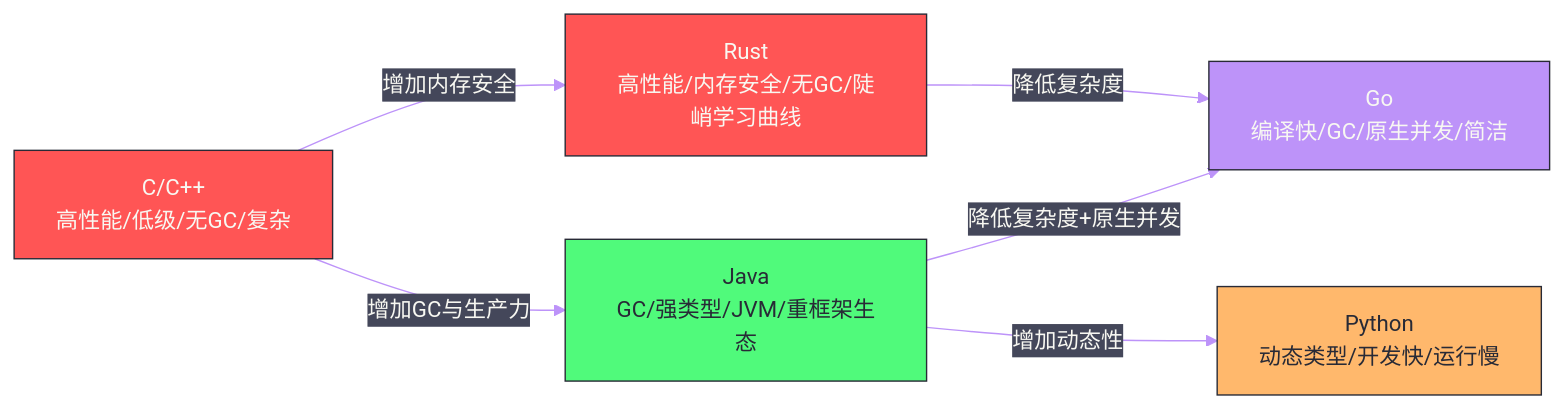
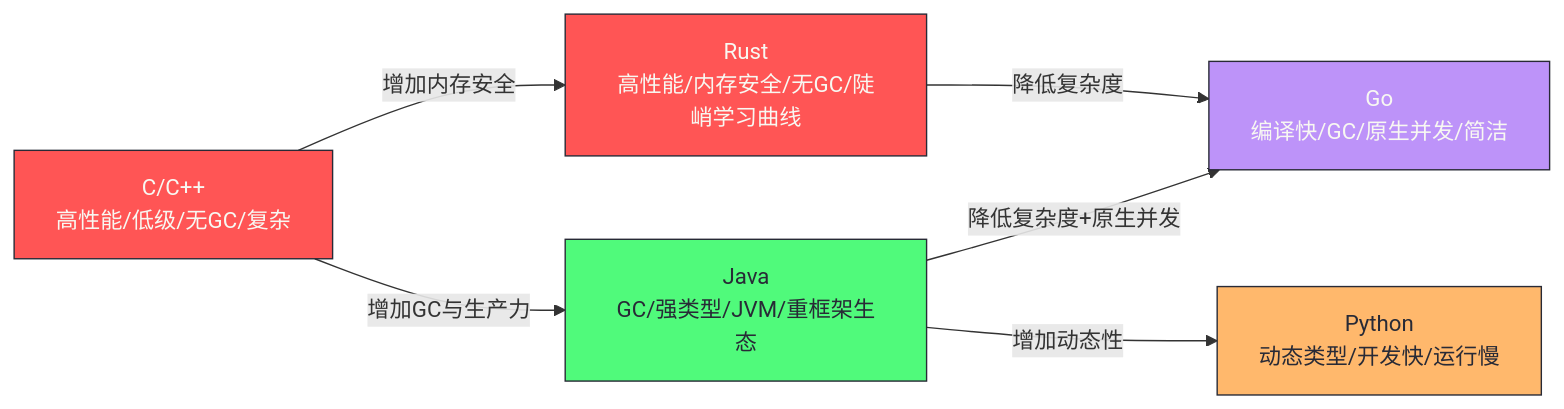
One commit to hpliStartAgain/my-brain changed the second of 2 diagrams in content/Golang/Go语言核心/01 Go 语言设计哲学——简单背后的取舍.md. Above: the diagram before and after it, drawn with Mermaid. The commit also changed other lines of this file and 30 other files, not shown here.

````diff
--- a/content/Golang/Go语言核心/01 Go 语言设计哲学——简单背后的取舍.md
+++ b/content/Golang/Go语言核心/01 Go 语言设计哲学——简单背后的取舍.md
@@ -326,20 +374,20 @@
 ```mermaid
-%%{init: {'theme': 'base', 'themeVariables': {'primaryColor': '#6272a4', 'primaryTextColor': '#f8f8f2', 'primaryBorderColor': '#44475a', 'lineColor': '#bd93f9', 'secondaryColor': '#44475a', 'background': '#282a36', 'mainBkg': '#282a36', 'titleColor': '#f8f8f2', 'fontFamily': 'monospace'}}}%%
+%%{init: {'theme': 'dracula'}}%%
 graph LR
     classDef sys fill:#ff5555,stroke:#282a36,color:#f8f8f2
     classDef gc fill:#50fa7b,stroke:#282a36,color:#282a36
     classDef script fill:#ffb86c,stroke:#282a36,color:#282a36
     classDef go fill:#bd93f9,stroke:#282a36,color:#f8f8f2
 
     C["C/C++</br>高性能/低级/无GC/复杂"]:::sys
     Rust["Rust</br>高性能/内存安全/无GC/陡峭学习曲线"]:::sys
     Java["Java</br>GC/强类型/JVM/重框架生态"]:::gc
     Python["Python</br>动态类型/开发快/运行慢"]:::script
     Go["Go</br>编译快/GC/原生并发/简洁"]:::go
 
     C --> |"增加内存安全"| Rust
     C --> |"增加GC与生产力"| Java
     Java --> |"增加动态性"| Python
     Rust --> |"降低复杂度"| Go
     Java --> |"降低复杂度+原生并发"| Go
 ```
````
